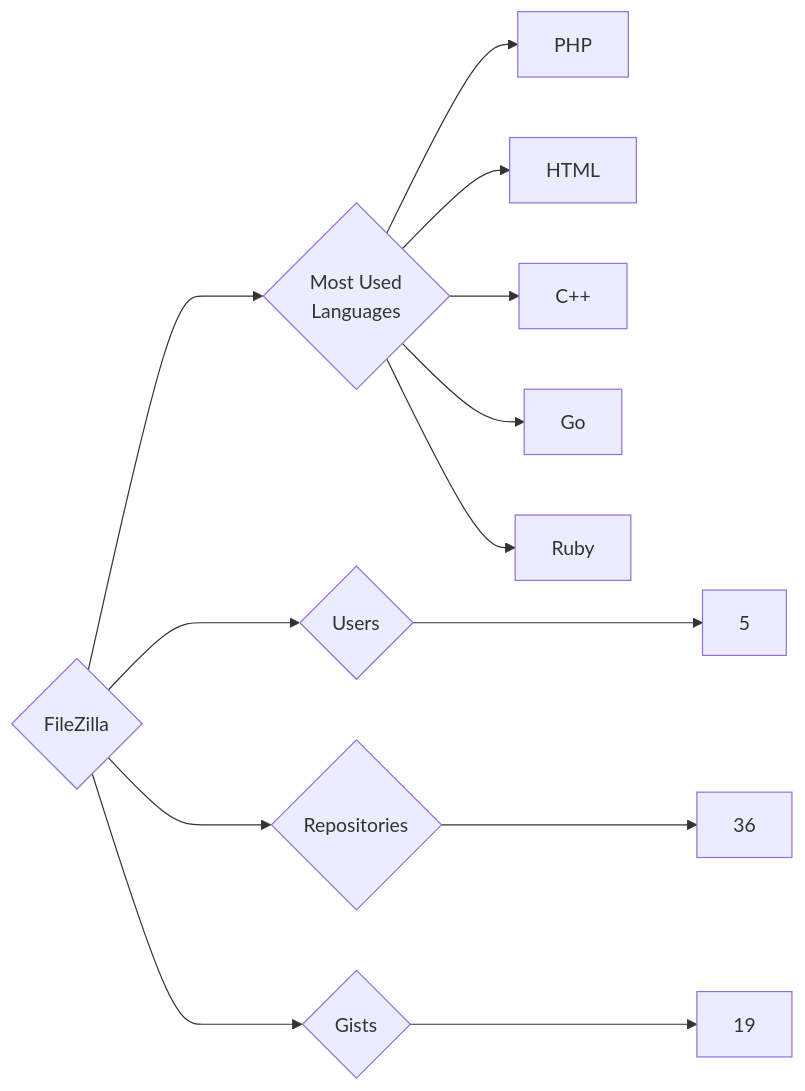
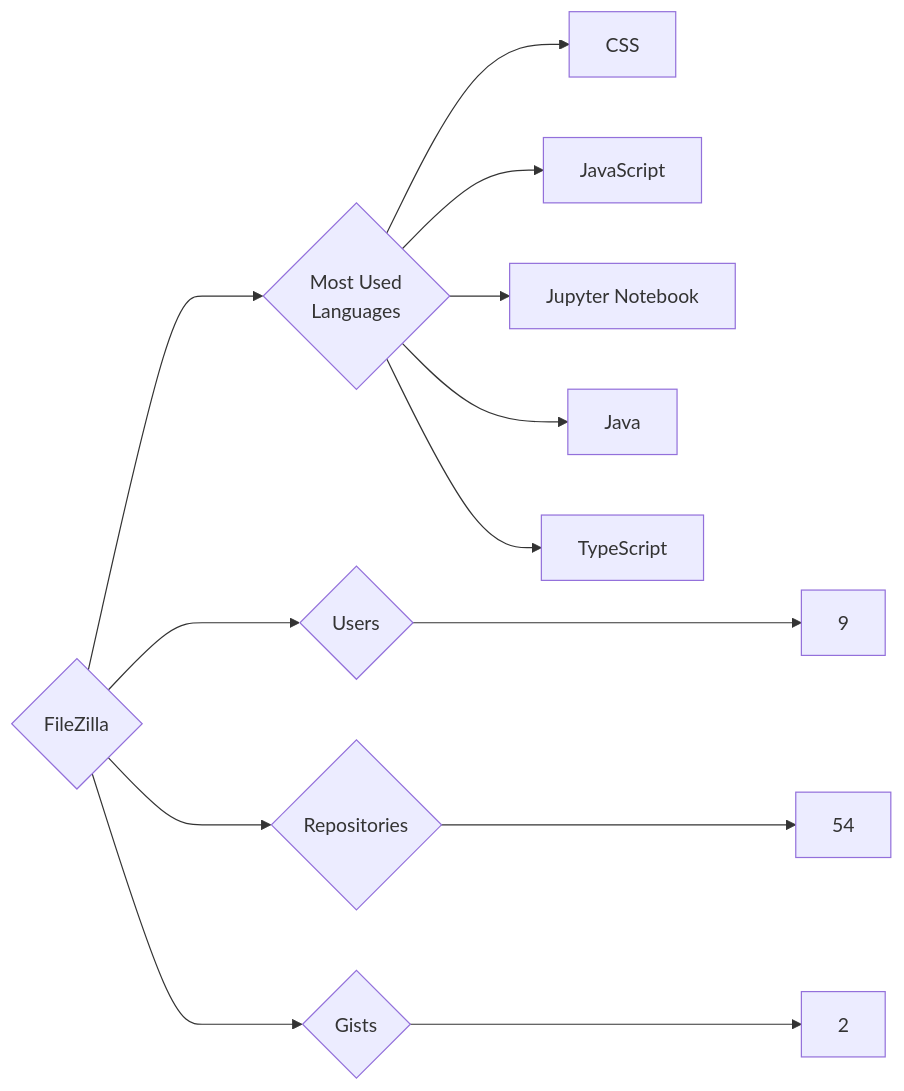
One commit to trickest/insiders changed the diagram in targets/FileZilla/README.md. Above: the diagram before and after it, drawn with Mermaid. The commit also changed 942 other files, not shown here.

````diff
--- a/targets/FileZilla/README.md
+++ b/targets/FileZilla/README.md
@@ -3,13 +3,13 @@
 ```mermaid
 graph LR
 COMPANY_NAME{FileZilla}
-COMPANY_NAME ---> U{Users} ---> UN[5]
-COMPANY_NAME ---> R{Repositories} ---> RN[36]
-COMPANY_NAME ---> G{Gists} ---> GN[19]
+COMPANY_NAME ---> U{Users} ---> UN[9]
+COMPANY_NAME ---> R{Repositories} ---> RN[54]
+COMPANY_NAME ---> G{Gists} ---> GN[2]
 COMPANY_NAME ---> ML{Most Used<br>Languages}
-ML --> PHP[PHP]
-ML --> HTML[HTML]
-ML --> C++[C++]
-ML --> Go[Go]
-ML --> Ruby[Ruby]
+ML --> CSS[CSS]
+ML --> JavaScript[JavaScript]
+ML --> Jupyter_Notebook[Jupyter Notebook]
+ML --> Java[Java]
+ML --> TypeScript[TypeScript]
 ```
````
